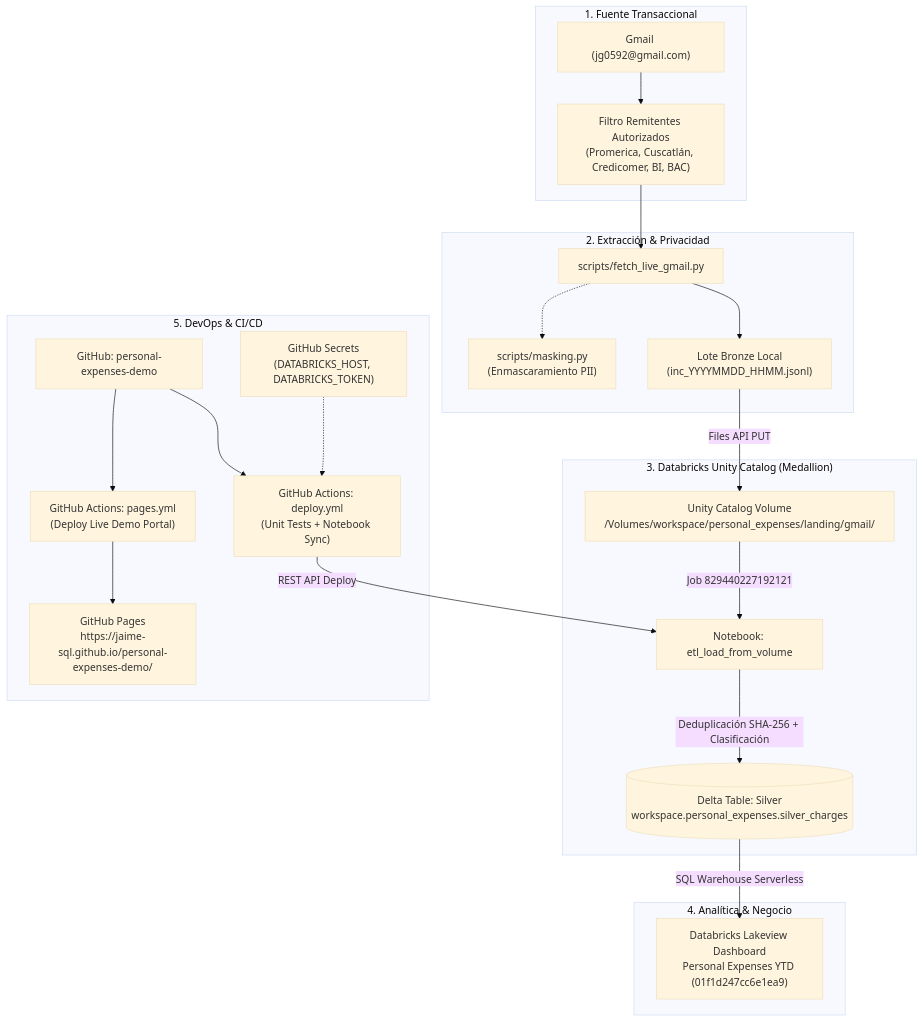
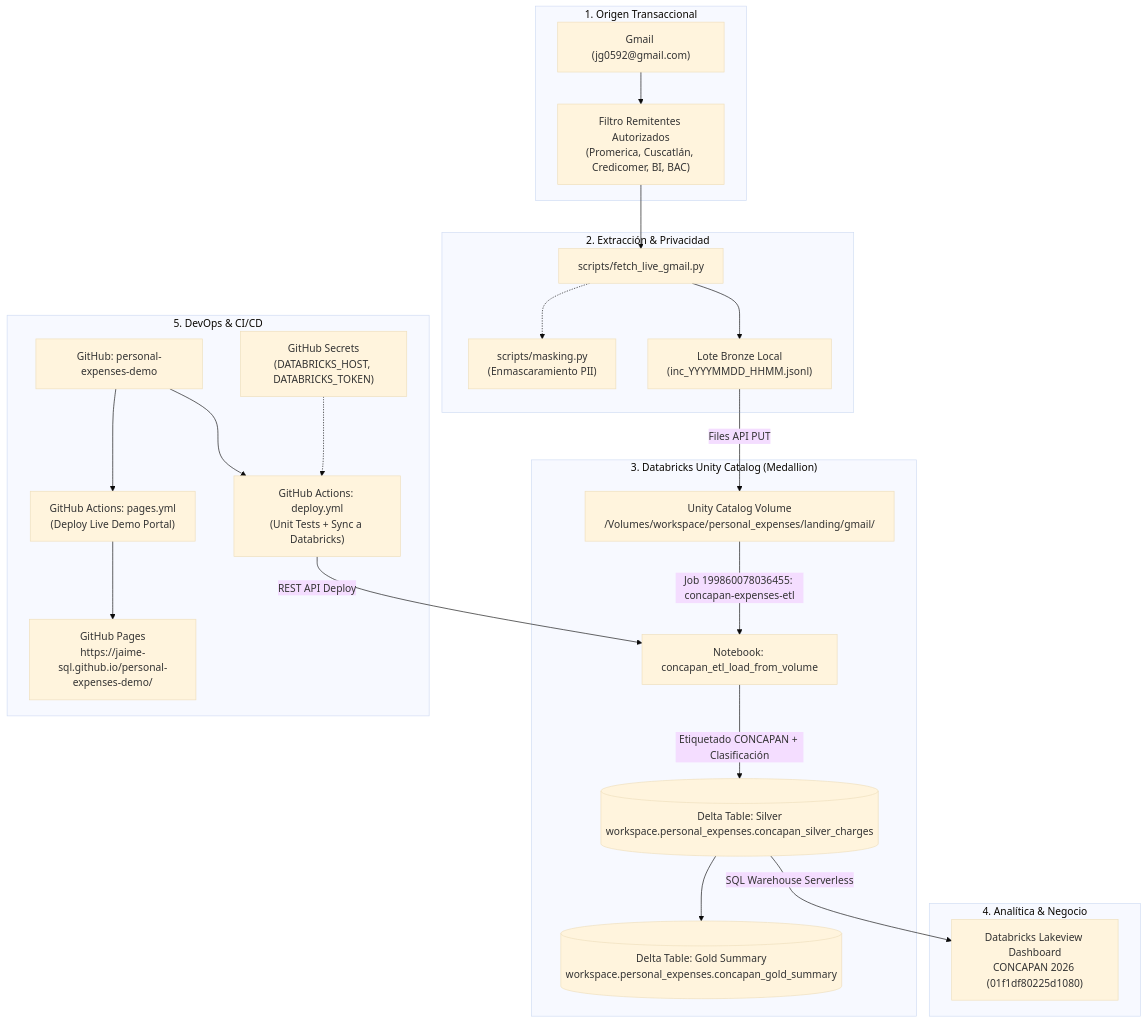
The diagram in PLAYBOOK.md (jaime-sql/personal-expenses-demo), drawn with Mermaid (base theme) before and after one commit. The commit also changed other lines of this file and 4 other files, not shown here.

Commit message:
feat: add concapan-expenses-etl job, concapan notebook, and executive Lakeview dashboard

````diff
--- a/PLAYBOOK.md
+++ b/PLAYBOOK.md
@@ -9,37 +9,38 @@
 ```mermaid
 flowchart TD
-    subgraph S1["1. Fuente Transaccional"]
+    subgraph S1["1. Origen Transaccional"]
         G["Gmail (jg0592@gmail.com)"]
         F["Filtro Remitentes Autorizados<br/>(Promerica, Cuscatlán, Credicomer, BI, BAC)"]
         G --> F
     end
 
     subgraph S2["2. Extracción & Privacidad"]
         F --> P["scripts/fetch_live_gmail.py"]
         M["scripts/masking.py<br/>(Enmascaramiento PII)"]
         P -.-> M
         P --> B_FILE["Lote Bronze Local<br/>(inc_YYYYMMDD_HHMM.jsonl)"]
     end
 
     subgraph S3["3. Databricks Unity Catalog (Medallion)"]
         B_FILE -->|Files API PUT| V["Unity Catalog Volume<br/>/Volumes/workspace/personal_expenses/landing/gmail/"]
-        V -->|Job 829440227192121| NB["Notebook: etl_load_from_volume"]
-        NB -->|Deduplicación SHA-256 + Clasificación| S_TBL[("Delta Table: Silver<br/>workspace.personal_expenses.silver_charges")]
+        V -->|Job 199860078036455: concapan-expenses-etl| NB["Notebook: concapan_etl_load_from_volume"]
+        NB -->|Etiquetado CONCAPAN + Clasificación| S_TBL[("Delta Table: Silver<br/>workspace.personal_expenses.concapan_silver_charges")]
+        S_TBL --> G_TBL[("Delta Table: Gold Summary<br/>workspace.personal_expenses.concapan_gold_summary")]
     end
 
     subgraph S4["4. Analítica & Negocio"]
-        S_TBL -->|SQL Warehouse Serverless| DASH["Databricks Lakeview Dashboard<br/>Personal Expenses YTD (01f1d247cc6e1ea9)"]
+        S_TBL -->|SQL Warehouse Serverless| DASH["Databricks Lakeview Dashboard<br/>CONCAPAN 2026 (01f1df80225d1080)"]
     end
 
     subgraph S5["5. DevOps & CI/CD"]
         REPO["GitHub: personal-expenses-demo"]
         SEC["GitHub Secrets<br/>(DATABRICKS_HOST, DATABRICKS_TOKEN)"]
-        GA1["GitHub Actions: deploy.yml<br/>(Unit Tests + Notebook Sync)"]
+        GA1["GitHub Actions: deploy.yml<br/>(Unit Tests + Sync a Databricks)"]
         GA2["GitHub Actions: pages.yml<br/>(Deploy Live Demo Portal)"]
         REPO --> GA1
         REPO --> GA2
         SEC -.-> GA1
         GA1 -->|REST API Deploy| NB
         GA2 --> WEB["GitHub Pages<br/>https://jaime-sql.github.io/personal-expenses-demo/"]
     end
 ```
````
